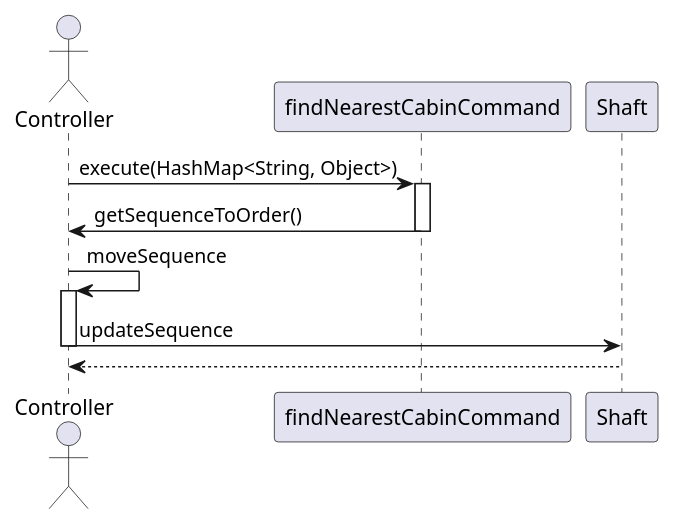
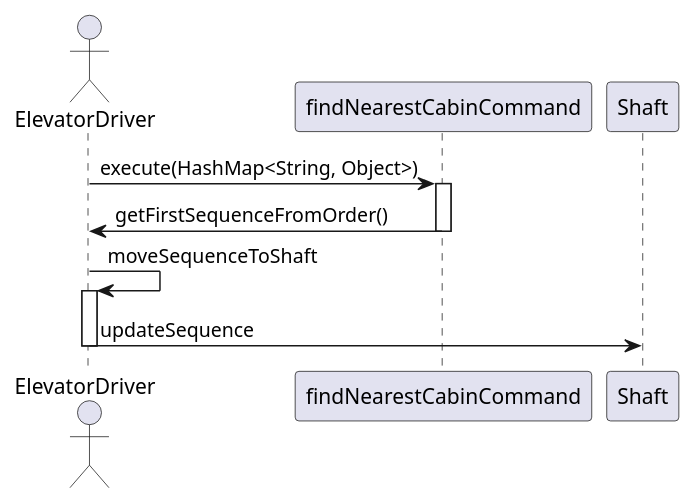
Before and after one commit to WhiteSnakeE/ElevatorDriver: the diagram in src/documentation/command/findNearestCabinCommand.puml, drawn with PlantUML. The commit also changed 3 other files, not shown here.

Commit message:
change class diagram, bom diagram

```diff
--- a/src/documentation/command/findNearestCabinCommand.puml
+++ b/src/documentation/command/findNearestCabinCommand.puml
@@ -1,14 +1,13 @@
 @startuml
 
-actor Controller
+actor ElevatorDriver
 
-Controller -> findNearestCabinCommand: execute(HashMap<String, Object>)
+ElevatorDriver -> findNearestCabinCommand: execute(HashMap<String, Object>)
 activate findNearestCabinCommand
-findNearestCabinCommand -> Controller: getSequenceToOrder()
+findNearestCabinCommand -> ElevatorDriver: getFirstSequenceFromOrder()
 deactivate findNearestCabinCommand
-Controller -> Controller: moveSequence
-activate Controller
-Controller -> Shaft: updateSequence
-deactivate Controller
-Controller <-- Shaft
+ElevatorDriver -> ElevatorDriver: moveSequenceToShaft
+activate ElevatorDriver
+ElevatorDriver -> Shaft: updateSequence
+deactivate ElevatorDriver
 @enduml
```
